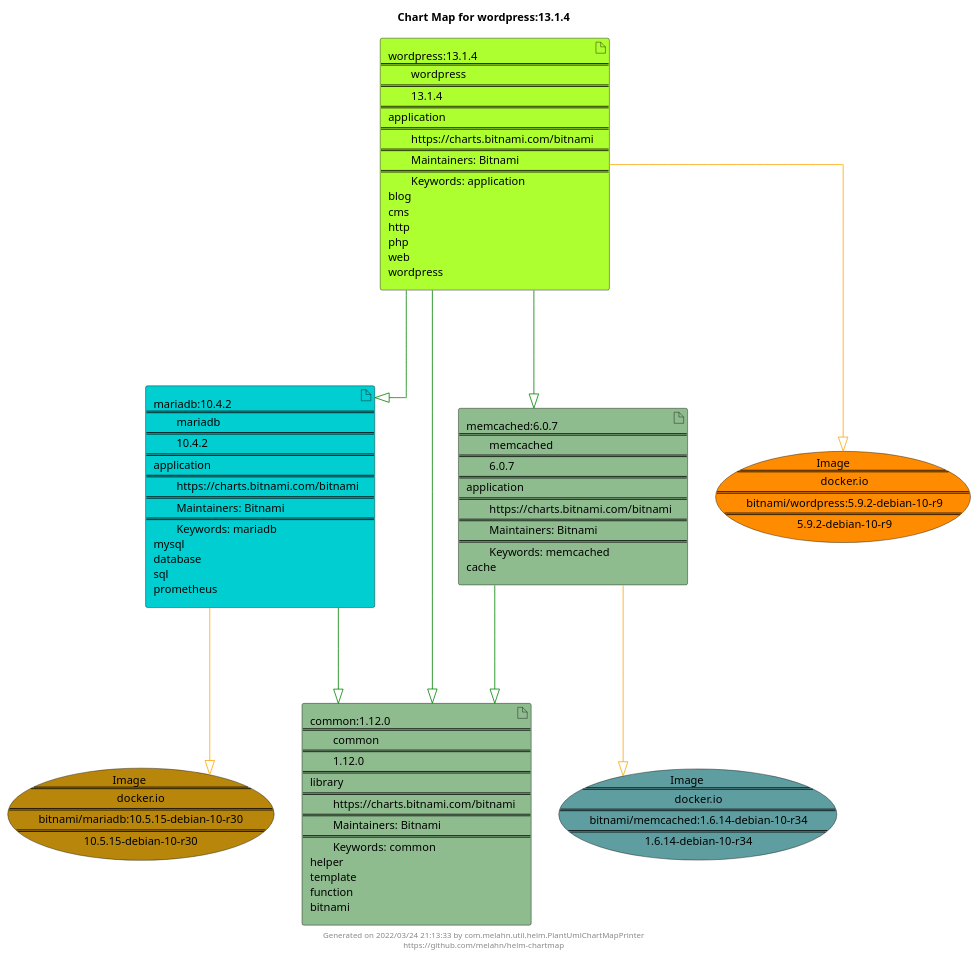
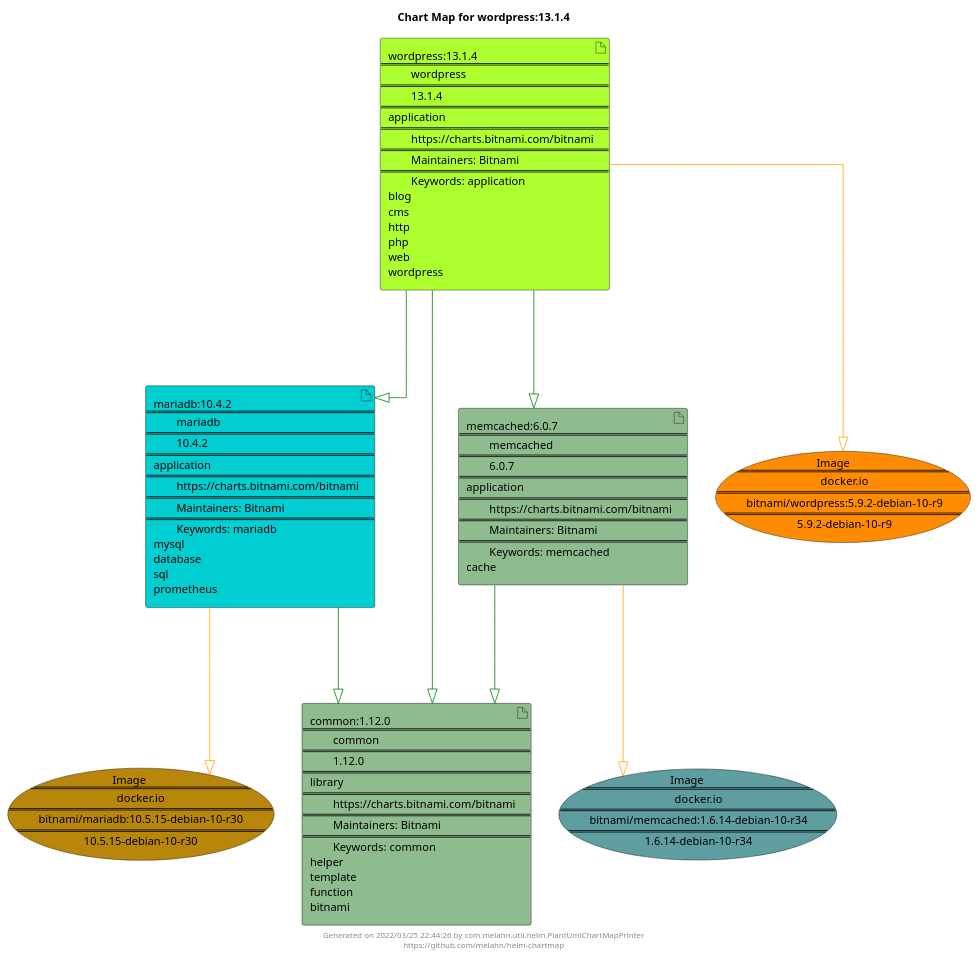
The diagram in docs/wordpress/wordpress-13.1.4.puml (melahn/helm-chartmap), drawn with PlantUML before and after one commit. The commit also changed 56 other files, not shown here.

Commit message:
Update Example Chart Maps as part of GitHub build

```diff
--- a/docs/wordpress/wordpress-13.1.4.puml
+++ b/docs/wordpress/wordpress-13.1.4.puml
@@ -1,33 +1,33 @@
 @startuml
 skinparam linetype ortho
 skinparam backgroundColor white
 skinparam usecaseBorderColor black
 skinparam usecaseArrowColor LightSlateGray
 skinparam artifactBorderColor black
 skinparam artifactArrowColor LightSlateGray
 
 title Chart Map for wordpress:13.1.4
 
 'There are 4 referenced Helm Charts
 artifact "wordpress:13.1.4\n====\n\twordpress\n====\n\t13.1.4\n====\napplication\n====\n\thttps://charts.bitnami.com/bitnami\n====\n\tMaintainers: Bitnami\n====\n\tKeywords: application\nblog\ncms\nhttp\nphp\nweb\nwordpress" as wordpress_13_1_4 #GreenYellow
 artifact "mariadb:10.4.2\n====\n\tmariadb\n====\n\t10.4.2\n====\napplication\n====\n\thttps://charts.bitnami.com/bitnami\n====\n\tMaintainers: Bitnami\n====\n\tKeywords: mariadb\nmysql\ndatabase\nsql\nprometheus" as mariadb_10_4_2 #DarkTurquoise
 artifact "memcached:6.0.7\n====\n\tmemcached\n====\n\t6.0.7\n====\napplication\n====\n\thttps://charts.bitnami.com/bitnami\n====\n\tMaintainers: Bitnami\n====\n\tKeywords: memcached\ncache" as memcached_6_0_7 #DarkSeaGreen
 artifact "common:1.12.0\n====\n\tcommon\n====\n\t1.12.0\n====\nlibrary\n====\n\thttps://charts.bitnami.com/bitnami\n====\n\tMaintainers: Bitnami\n====\n\tKeywords: common\nhelper\ntemplate\nfunction\nbitnami" as common_1_12_0 #DarkSeaGreen
 
 'There are 3 referenced Docker Images
 usecase "Image\n====\n\tdocker.io\n====\n\tbitnami/mariadb:10.5.15-debian-10-r30\n====\n\t10.5.15-debian-10-r30" as docker_io_bitnami_mariadb_10_5_15_debian_10_r30 #DarkGoldenRod
 usecase "Image\n====\n\tdocker.io\n====\n\tbitnami/memcached:1.6.14-debian-10-r34\n====\n\t1.6.14-debian-10-r34" as docker_io_bitnami_memcached_1_6_14_debian_10_r34 #CadetBlue
 usecase "Image\n====\n\tdocker.io\n====\n\tbitnami/wordpress:5.9.2-debian-10-r9\n====\n\t5.9.2-debian-10-r9" as docker_io_bitnami_wordpress_5_9_2_debian_10_r9 #Darkorange
 
 'Chart Dependencies
+wordpress_13_1_4--[#green]-|>common_1_12_0
+wordpress_13_1_4--[#green]-|>memcached_6_0_7
+memcached_6_0_7--[#green]-|>common_1_12_0
 wordpress_13_1_4--[#green]-|>mariadb_10_4_2
 mariadb_10_4_2--[#green]-|>common_1_12_0
-wordpress_13_1_4--[#green]-|>memcached_6_0_7
-memcached_6_0_7--[#green]-|>common_1_12_0
-wordpress_13_1_4--[#green]-|>common_1_12_0
 wordpress_13_1_4--[#orange]-|>docker_io_bitnami_wordpress_5_9_2_debian_10_r9
 mariadb_10_4_2--[#orange]-|>docker_io_bitnami_mariadb_10_5_15_debian_10_r30
 memcached_6_0_7--[#orange]-|>docker_io_bitnami_memcached_1_6_14_debian_10_r34
 
-center footer Generated on 2022/03/24 21:13:33 by com.melahn.util.helm.PlantUmlChartMapPrinter\nhttps://github.com/melahn/helm-chartmap
+center footer Generated on 2022/03/25 22:44:26 by com.melahn.util.helm.PlantUmlChartMapPrinter\nhttps://github.com/melahn/helm-chartmap
 @enduml
```
